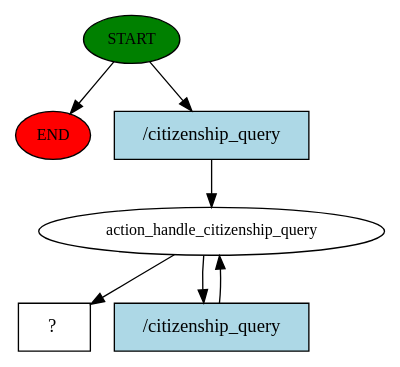
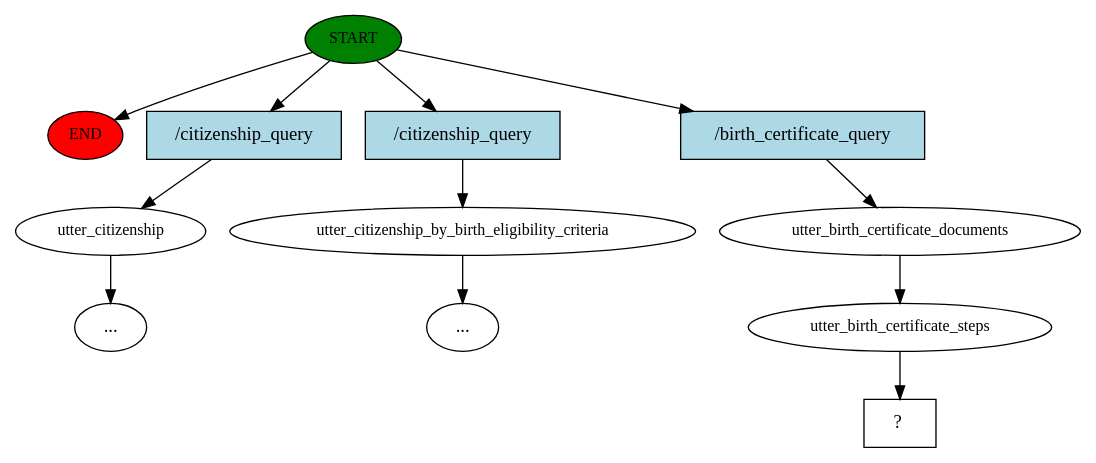
Before and after one commit to PiyushLuitel-07/Samadhan-A-Local-Government-Service-QueryBot: the diagram in story_graph.dot, drawn with Graphviz. The commit also changed 136 other files, not shown here.

```diff
--- a/story_graph.dot
+++ b/story_graph.dot
@@ -1,14 +1,25 @@
 digraph  {
 0 [class="start active", fillcolor=green, fontsize=12, label=START, style=filled];
 "-1" [class=end, fillcolor=red, fontsize=12, label=END, style=filled];
-1 [class=active, fontsize=12, label=action_handle_citizenship_query];
-3 [class="intent dashed active", label="  ?  ", shape=rect];
-4 [class="intent active", fillcolor=lightblue, label="/citizenship_query", shape=rect, style=filled];
-5 [class="intent active", fillcolor=lightblue, label="/citizenship_query", shape=rect, style=filled];
+1 [class="", fontsize=12, label=utter_citizenship];
+"-5" [class=ellipsis, label="..."];
+4 [class="", fontsize=12, label=utter_citizenship_by_birth_eligibility_criteria];
+"-6" [class=ellipsis, label="..."];
+5 [class=active, fontsize=12, label=utter_birth_certificate_documents];
+6 [class=active, fontsize=12, label=utter_birth_certificate_steps];
+7 [class="intent dashed active", label="  ?  ", shape=rect];
+8 [class=intent, fillcolor=lightblue, label="/citizenship_query", shape=rect, style=filled];
+9 [class=intent, fillcolor=lightblue, label="/citizenship_query", shape=rect, style=filled];
+10 [class="intent active", fillcolor=lightblue, label="/birth_certificate_query", shape=rect, style=filled];
 0 -> "-1"  [class="", key=NONE, label=""];
-0 -> 4  [class=active, key=0];
-1 -> 3  [class=active, key=NONE, label=""];
-1 -> 5  [class=active, key=0];
-4 -> 1  [class=active, key=0];
-5 -> 1  [class=active, key=0];
+0 -> 8  [class="", key=0];
+0 -> 9  [class="", key=0];
+0 -> 10  [class=active, key=0];
+1 -> "-5"  [class="", key=NONE, label=""];
+4 -> "-6"  [class="", key=NONE, label=""];
+5 -> 6  [class=active, key=NONE, label=""];
+6 -> 7  [class=active, key=NONE, label=""];
+8 -> 1  [class="", key=0];
+9 -> 4  [class="", key=0];
+10 -> 5  [class=active, key=0];
 }
```
